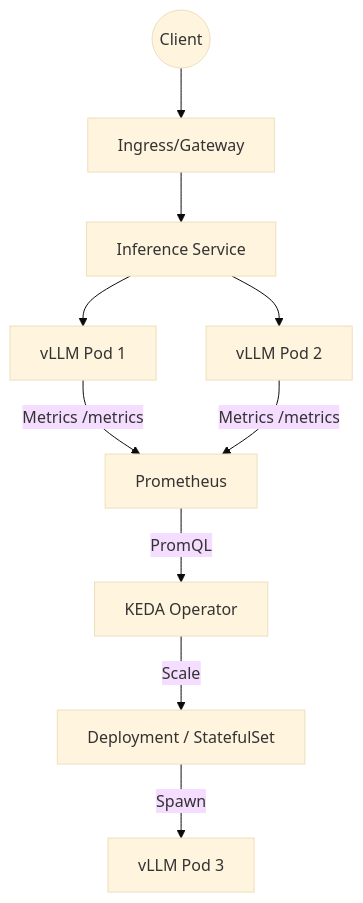
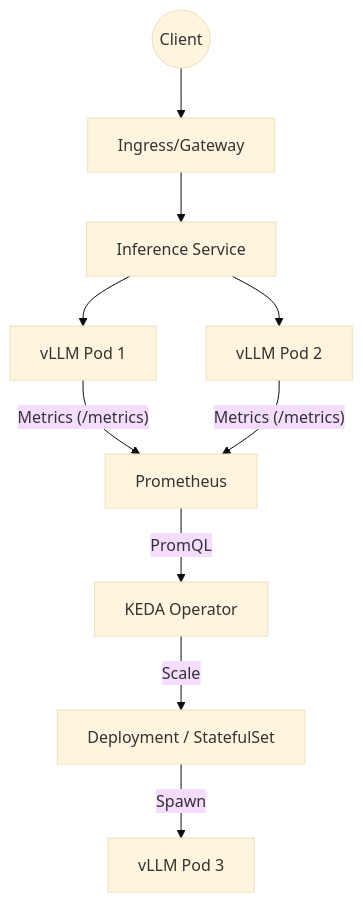
One commit to jithinpnjm/nvidia-devops changed the first of 5 diagrams in docs/volume-05/03-ai-autoscaling-rag-masterclass.md. Above: the diagram before and after it, drawn with Mermaid (base theme). The commit also changed other lines of this file and 110 other files, not shown here.

Commit message:
docs(volume-1-10): complete second-pass refinement of formatting, visual diagrams, and code snippets

````diff
--- a/docs/volume-05/03-ai-autoscaling-rag-masterclass.md
+++ b/docs/volume-05/03-ai-autoscaling-rag-masterclass.md
@@ -36,14 +36,14 @@
 ```mermaid
-graph TD
-    Client((Client)) --> Ingress[Ingress/Gateway]
-    Ingress --> Svc[Inference Service]
-    Svc --> Pod1[vLLM Pod 1]
-    Svc --> Pod2[vLLM Pod 2]
+flowchart TD
+    Client(("Client")) --> Ingress["Ingress/Gateway"]
+    Ingress --> Svc["Inference Service"]
+    Svc --> Pod1["vLLM Pod 1"]
+    Svc --> Pod2["vLLM Pod 2"]
     
-    Pod1 -->|Metrics /metrics| Prom[Prometheus]
-    Pod2 -->|Metrics /metrics| Prom
+    Pod1 -- "Metrics (/metrics)" --> Prom["Prometheus"]
+    Pod2 -- "Metrics (/metrics)" --> Prom
     
-    Prom -->|PromQL| KEDA[KEDA Operator]
-    KEDA -->|Scale| Deploy[Deployment / StatefulSet]
-    Deploy -->|Spawn| Pod3[vLLM Pod 3]
+    Prom -- "PromQL" --> KEDA["KEDA Operator"]
+    KEDA -- "Scale" --> Deploy["Deployment / StatefulSet"]
+    Deploy -- "Spawn" --> Pod3["vLLM Pod 3"]
 ```
````
